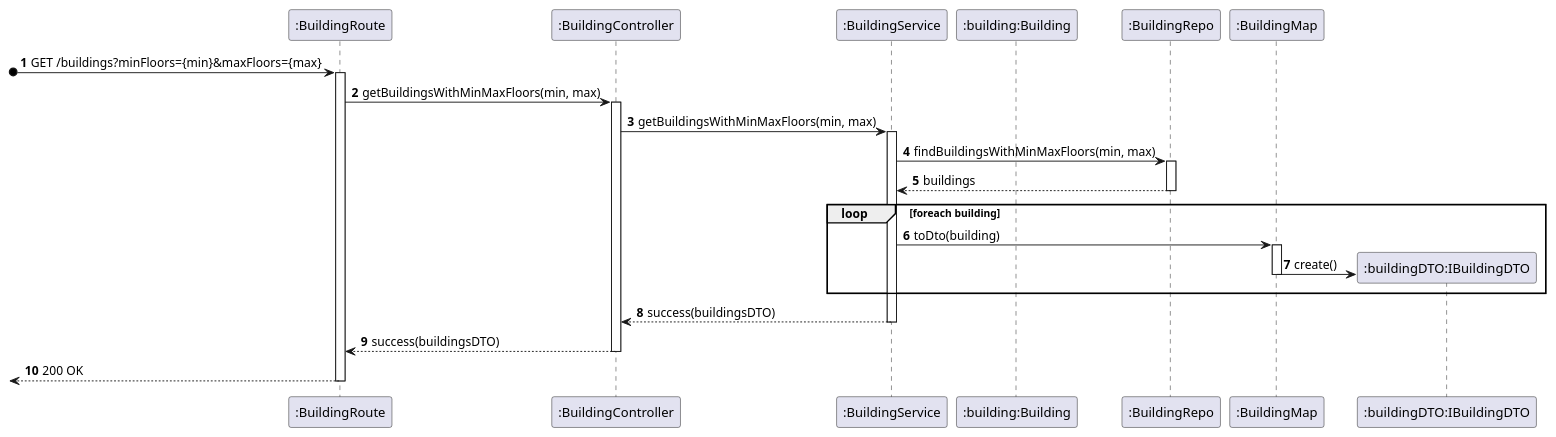
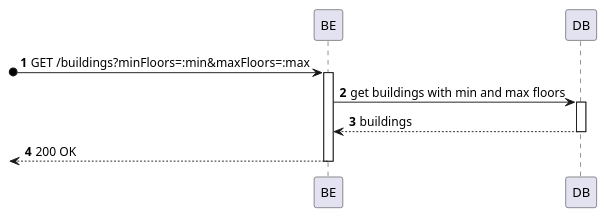
The diagram in _wiki/sprint-a/us04-180/views/level-3/process-view.puml (miseEnPlace-dev/lapr5), drawn with PlantUML before and after one commit. The commit also changed 2 other files, not shown here.

```diff
--- a/_wiki/sprint-a/us04-180/views/level-3/process-view.puml
+++ b/_wiki/sprint-a/us04-180/views/level-3/process-view.puml
@@ -1,35 +1,17 @@
 @startuml process-view
 autonumber
-participant ROUTE as ":BuildingRoute"
-participant CTRL as ":BuildingController"
-participant SRV as ":BuildingService"
-participant BUILD as ":building:Building"
-participant REPO as ":BuildingRepo"
-participant MAP as ":BuildingMap"
-participant DTO as ":buildingDTO:IBuildingDTO"
+participant BE as "BE"
+participant DB as "DB"
 
-?o-> ROUTE : GET /buildings?minFloors={min}&maxFloors={max}
-activate ROUTE
+?o-> BE : GET /buildings?minFloors=:min&maxFloors=:max
+activate BE
 
-ROUTE -> CTRL : getBuildingsWithMinMaxFloors(min, max)
-activate CTRL
-CTRL -> SRV : getBuildingsWithMinMaxFloors(min, max)
-activate SRV
-SRV -> REPO : findBuildingsWithMinMaxFloors(min, max)
-activate REPO
-REPO --> SRV : buildings
-deactivate REPO
-loop foreach building
-    SRV -> MAP : toDto(building)
-    activate MAP
-    MAP -> DTO** : create()
-    deactivate MAP
-end
-SRV --> CTRL : success(buildingsDTO)
-deactivate SRV
-CTRL --> ROUTE : success(buildingsDTO)
-deactivate CTRL
-<-- ROUTE : 200 OK
-deactivate ROUTE
+BE -> DB : get buildings with min and max floors
+activate DB
+DB --> BE : buildings
+deactivate DB
+
+<-- BE : 200 OK
+deactivate BE
 
 @enduml
```
